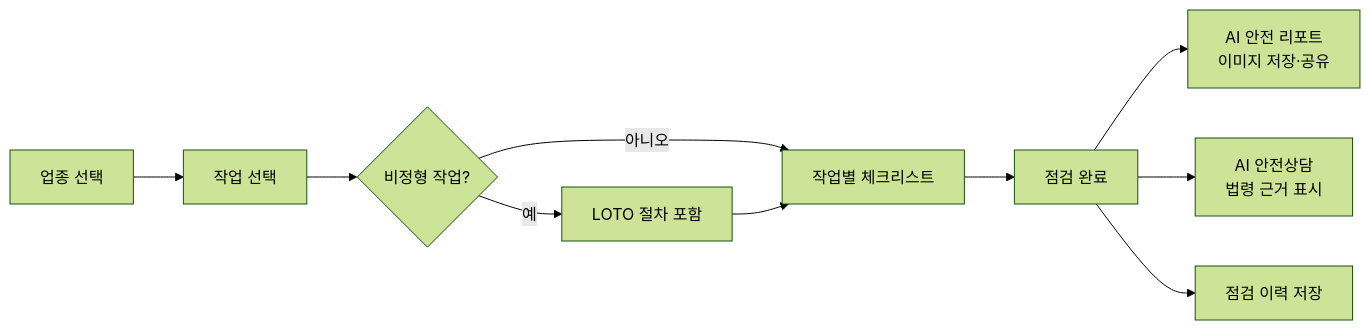
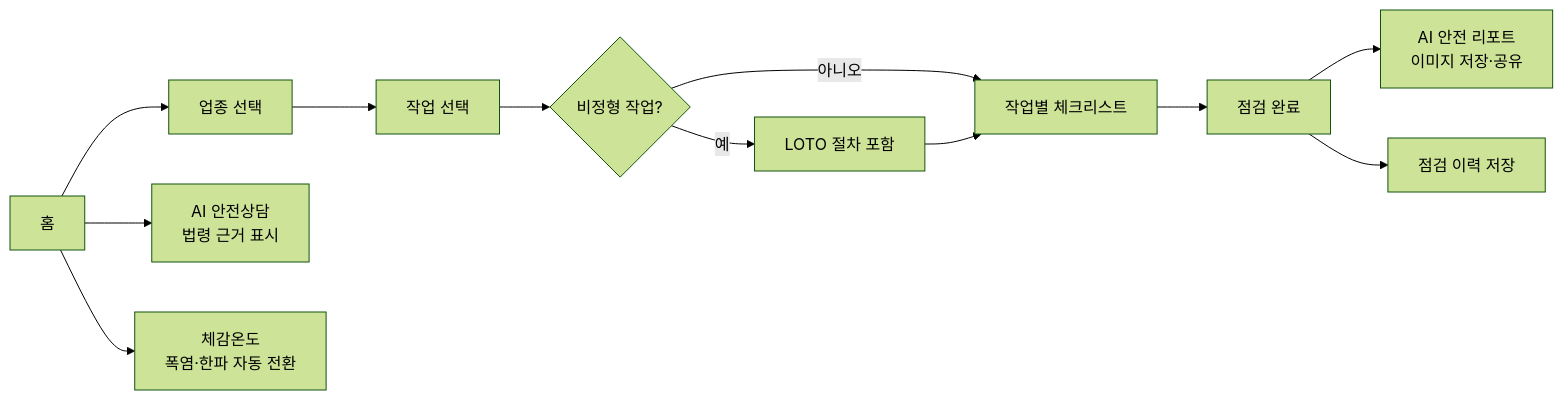
Before and after one commit to yeonskimm/safety: the diagram in README.md, drawn with Mermaid (forest theme). The commit also changed other lines of this file, not shown here.

````diff
--- a/README.md
+++ b/README.md
@@ -40,12 +40,14 @@
 ```mermaid
 flowchart LR
-  A[업종 선택] --> B[작업 선택]
+  S[홈] --> A[업종 선택]
+  S --> H[AI 안전상담<br/>법령 근거 표시]
+  S --> T[체감온도<br/>폭염·한파 자동 전환]
+  A --> B[작업 선택]
   B --> C{비정형 작업?}
   C -- 예 --> D[LOTO 절차 포함]
   C -- 아니오 --> E[작업별 체크리스트]
   D --> E
   E --> F[점검 완료]
   F --> G[AI 안전 리포트<br/>이미지 저장·공유]
-  F --> H[AI 안전상담<br/>법령 근거 표시]
   F --> I[점검 이력 저장]
 ```
````
